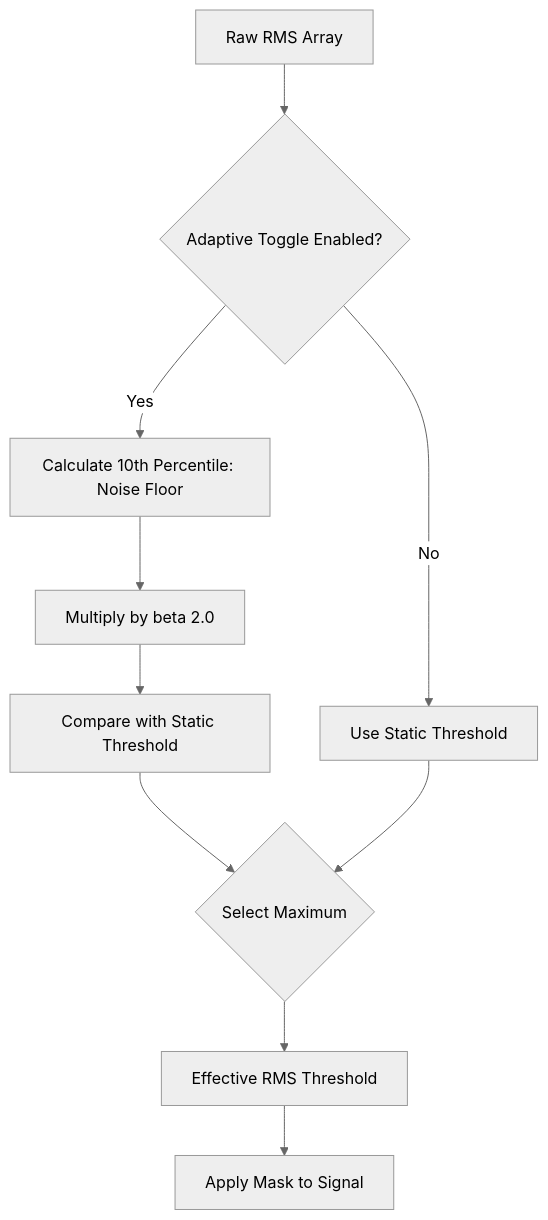
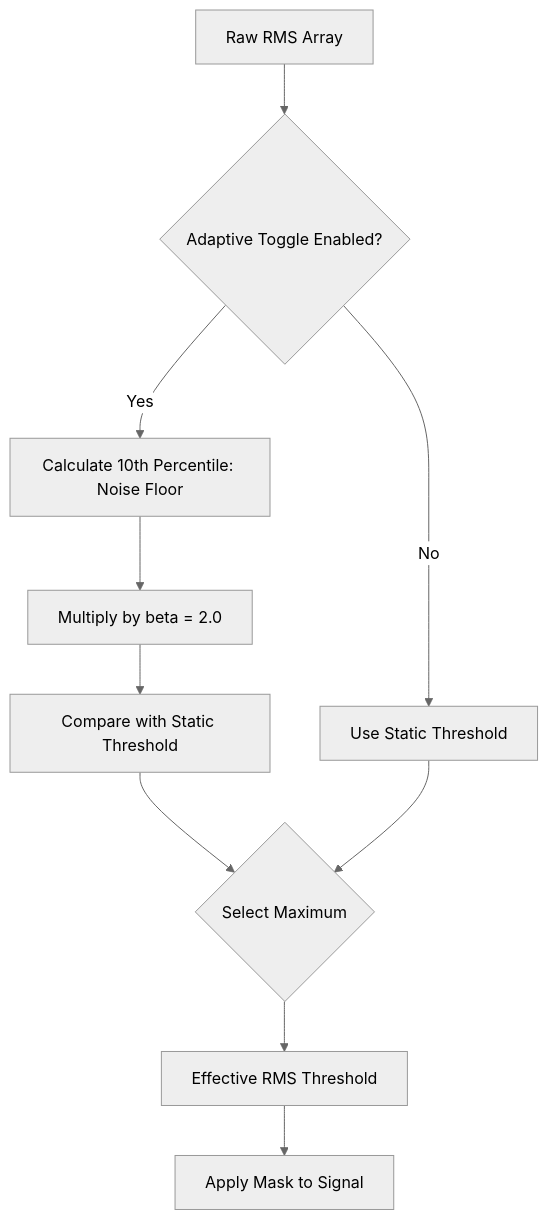
One commit to chungkrc-dot/Hello-Audio changed the third of 3 diagrams in docs/technical_manual.md. Above: the diagram before and after it, drawn with Mermaid (neutral theme). The commit also changed other lines of this file, not shown here.

````diff
--- a/docs/technical_manual.md
+++ b/docs/technical_manual.md
@@ -255,12 +279,12 @@
 ```mermaid
 graph TD
-    A[Raw RMS Array] --> B{Adaptive Toggle Enabled?}
-    B -- Yes --> C[Calculate 10th Percentile: Noise Floor]
-    C --> D[Multiply by beta 2.0]
+    A[Raw RMS Array] --> B{"Adaptive Toggle Enabled?"}
+    B -- Yes --> C["Calculate 10th Percentile: Noise Floor"]
+    C --> D["Multiply by beta = 2.0"]
     D --> E[Compare with Static Threshold]
-    E --> F{Select Maximum}
+    E --> F{"Select Maximum"}
     B -- No --> G[Use Static Threshold]
     G --> F
     F --> H[Effective RMS Threshold]
     H --> I[Apply Mask to Signal]
 ```
````
